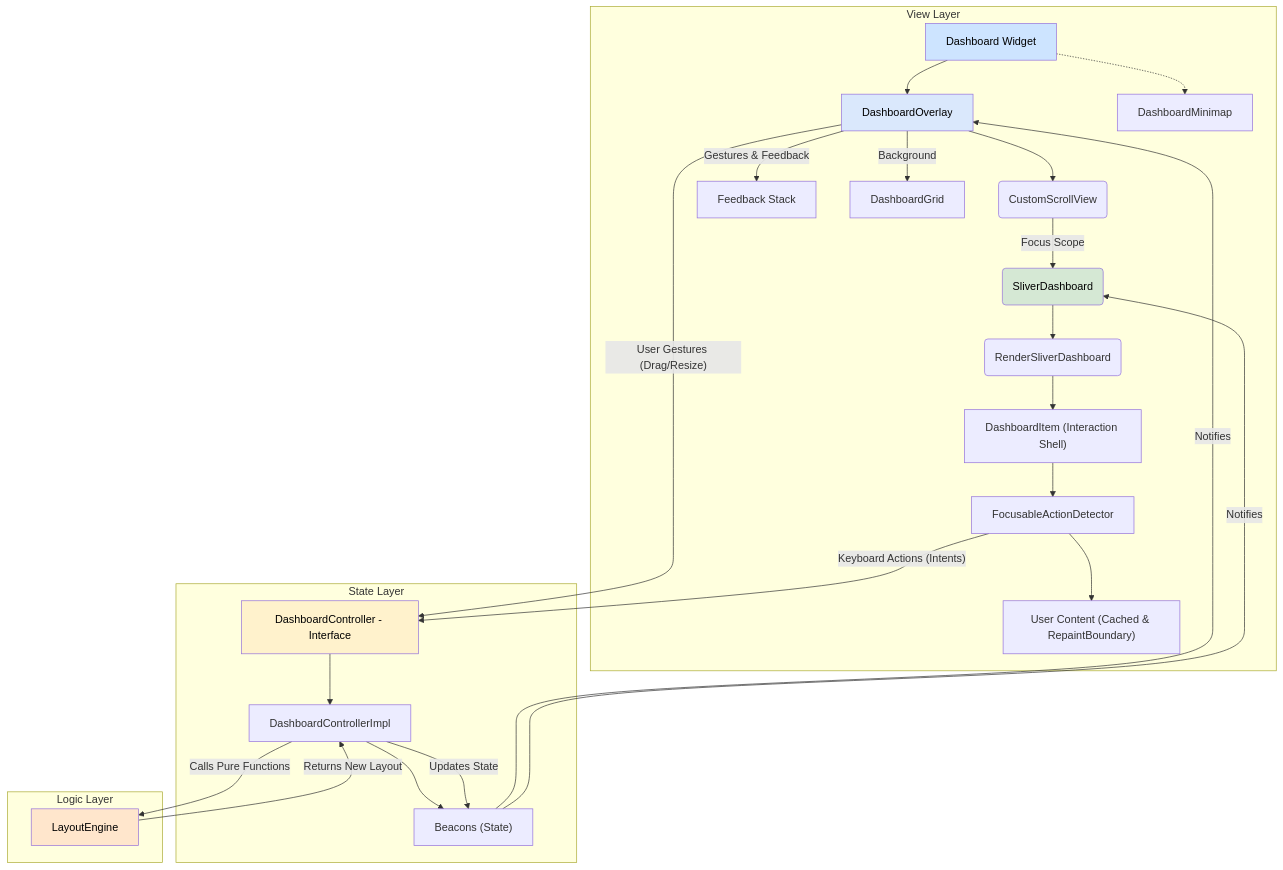
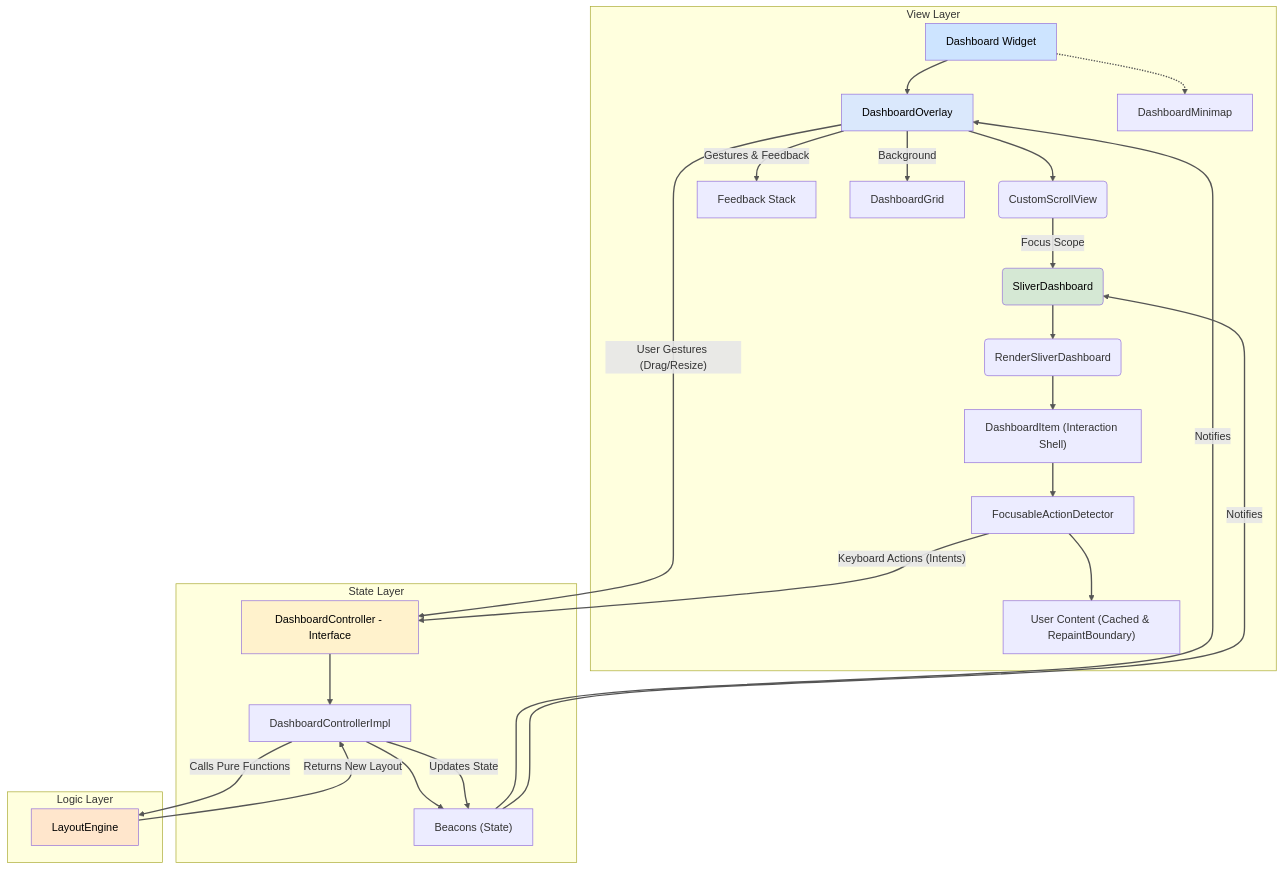
One commit to scalz/sliver_dashboard changed the first of 3 diagrams in architecture.md. Above: the diagram before and after it, drawn with Mermaid. The commit also changed other lines of this file and 5 other files, not shown here.

````diff
--- a/architecture.md
+++ b/architecture.md
@@ -24,38 +24,40 @@
 ```mermaid
 graph TD
     subgraph View Layer
         A[Dashboard Widget] --> B[DashboardOverlay];
         B --> C(CustomScrollView);
         B -- "Gestures & Feedback" --> F[Feedback Stack];
         B -- "Background" --> BG[DashboardGrid];
         C -- "Focus Scope" --> D(SliverDashboard);
         D --> E(RenderSliverDashboard);
         E --> I["DashboardItem (Interaction Shell)"];
         I --> K["FocusableActionDetector"];
         K --> L["User Content (Cached & RepaintBoundary)"];
         A -.-> MM[DashboardMinimap];
     end
 
     subgraph State Layer
         M[DashboardController - Interface] --> N[DashboardControllerImpl]
         N --> O["Beacons (State)"];
     end
 
     subgraph Logic Layer
         P[LayoutEngine];
     end
 
     B -- "User Gestures (Drag/Resize)" --> M;
     K -- "Keyboard Actions (Intents)" --> M;
     N -- Updates State --> O;
     O -- Notifies --> B;
     O -- Notifies --> D;
     N -- Calls Pure Functions --> P;
     P -- Returns New Layout --> N;
 
     style A fill:#cde4ff,color:#000000
     style B fill:#dae8fc,color:#000000
     style D fill:#d5e8d4,color:#000000
     style M fill:#fff2cc,color:#000000
     style P fill:#ffe6cc,color:#000000
+    
+    linkStyle default stroke:#555555,stroke-width:2px;
 ```
````
